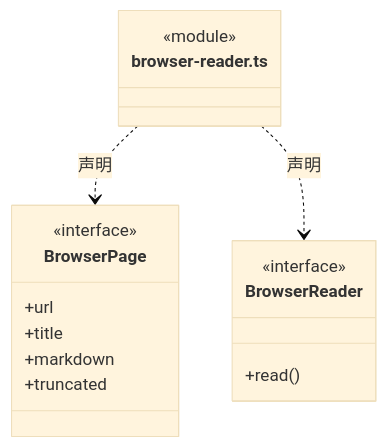
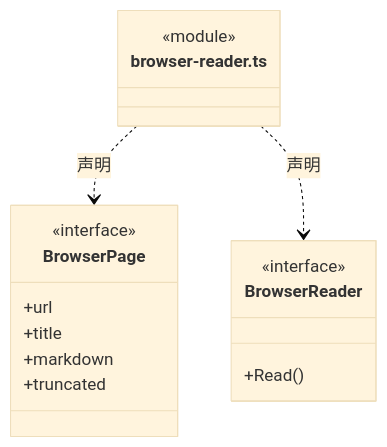
The first of 6 diagrams in src/core/web/ARCHITECTURE.md (nan023062/cbim), drawn with Mermaid (base theme) before and after one commit. The commit also changed 1035 other files, not shown here.

````diff
--- a/src/core/web/ARCHITECTURE.md
+++ b/src/core/web/ARCHITECTURE.md
@@ -26,19 +26,19 @@
 ```mermaid
 classDiagram
 class N_src_core_web_browser_reader_ts["browser-reader.ts"] {
   <<module>>
 }
 class N_src_core_web_browser_reader_ts_BrowserPage["BrowserPage"] {
   <<interface>>
   +url
   +title
   +markdown
   +truncated
 }
 N_src_core_web_browser_reader_ts ..> N_src_core_web_browser_reader_ts_BrowserPage : 声明
 class N_src_core_web_browser_reader_ts_BrowserReader["BrowserReader"] {
   <<interface>>
-  +read()
+  +Read()
 }
 N_src_core_web_browser_reader_ts ..> N_src_core_web_browser_reader_ts_BrowserReader : 声明
 ```
````
